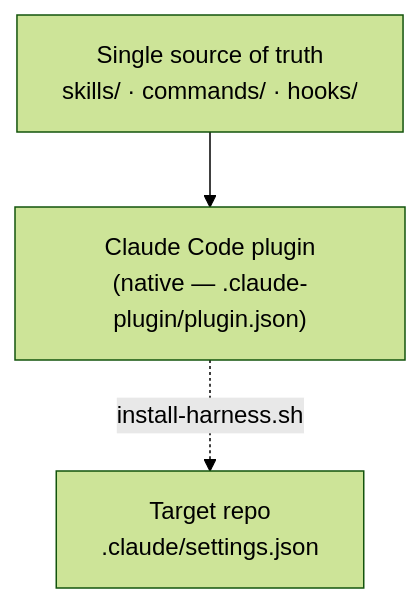
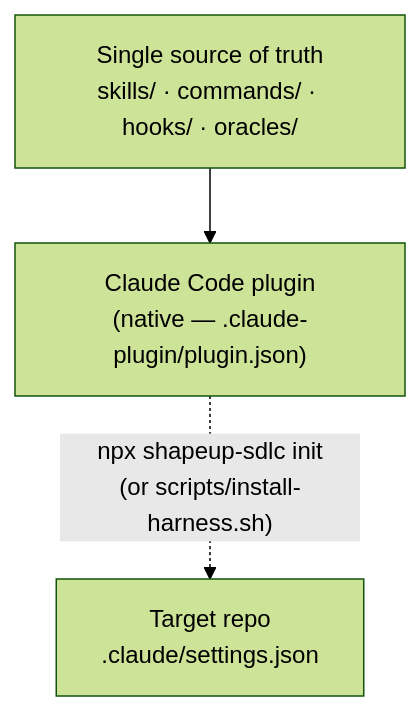
One commit to nguyenvanphituoc/shapeup-sdlc-plugin changed the third of 3 diagrams in docs/design/03-system-design.md. Above: the diagram before and after it, drawn with Mermaid (forest theme). The commit also changed other lines of this file and 13 other files, not shown here.

````diff
--- a/docs/design/03-system-design.md
+++ b/docs/design/03-system-design.md
@@ -336,6 +351,6 @@
 ```mermaid
 graph TD
-    SRC["Single source of truth\nskills/ · commands/ · hooks/"]
+    SRC["Single source of truth\nskills/ · commands/ · hooks/ · oracles/"]
     SRC --> CC["Claude Code plugin\n(native — .claude-plugin/plugin.json)"]
-    CC -.->|install-harness.sh| PROJ1["Target repo\n.claude/settings.json"]
+    CC -.->|"npx shapeup-sdlc init<br/>(or scripts/install-harness.sh)"| PROJ1["Target repo\n.claude/settings.json"]
 ```
````
